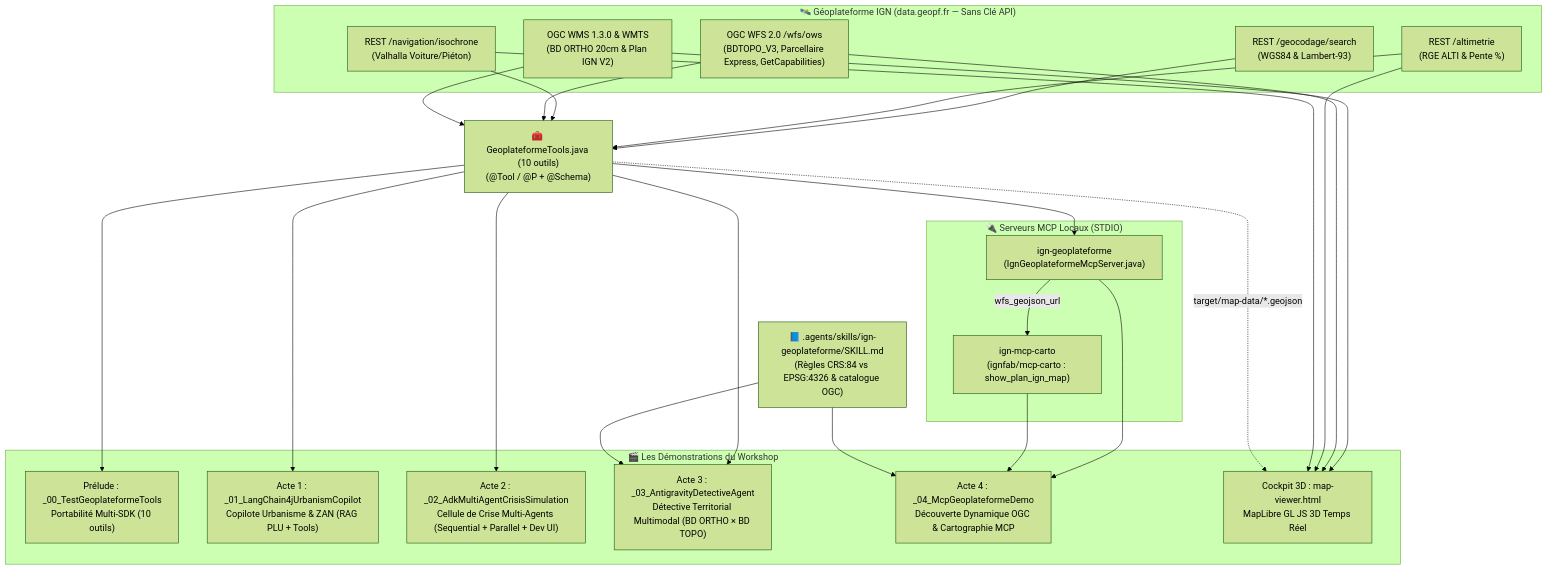
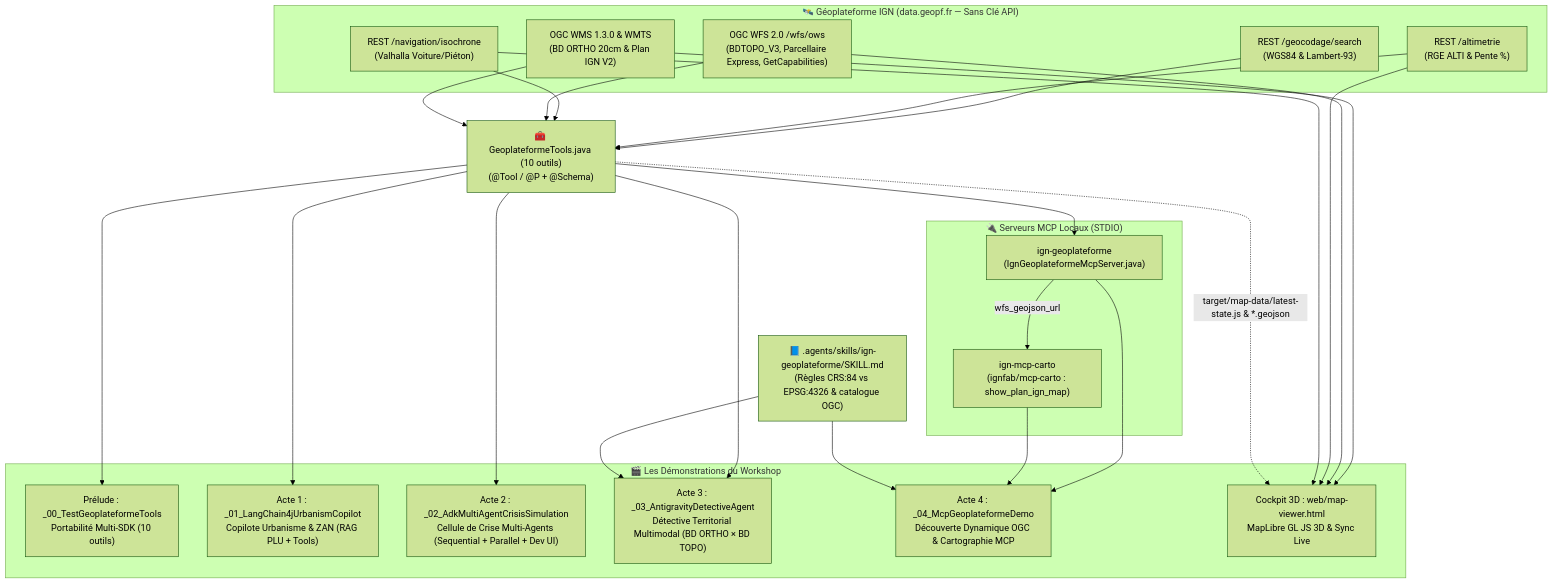
The first of 2 diagrams in README.md (glaforge/ign-agentic), drawn with Mermaid (forest theme) before and after one commit. The commit also changed other lines of this file and 9 other files, not shown here.

Commit message:
Update README, 3D cockpit live sync, Clermont-Ferrand & Fontainebleau scenarios, and PowerPoint decks

````diff
--- a/README.md
+++ b/README.md
@@ -20,37 +20,37 @@
 ```mermaid
 flowchart TD
     subgraph IGN["🛰️ Géoplateforme IGN (data.geopf.fr — Sans Clé API)"]
         GEO["REST /geocodage/search<br/>(WGS84 & Lambert-93)"]
         ALTI["REST /altimetrie<br/>(RGE ALTI & Pente %)"]
         ISO["REST /navigation/isochrone<br/>(Valhalla Voiture/Piéton)"]
         WFS["OGC WFS 2.0 /wfs/ows<br/>(BDTOPO_V3, Parcellaire Express, GetCapabilities)"]
         WMS["OGC WMS 1.3.0 & WMTS<br/>(BD ORTHO 20cm & Plan IGN V2)"]
     end
 
     TOOLS["🧰 GeoplateformeTools.java (10 outils)<br/>(@Tool / @P + @Schema)"]
     SKILL["📘 .agents/skills/ign-geoplateforme/SKILL.md<br/>(Règles CRS:84 vs EPSG:4326 & catalogue OGC)"]
 
     subgraph MCP["🔌 Serveurs MCP Locaux (STDIO)"]
         MCP_GEO["ign-geoplateforme<br/>(IgnGeoplateformeMcpServer.java)"]
         MCP_CARTO["ign-mcp-carto<br/>(ignfab/mcp-carto : show_plan_ign_map)"]
     end
 
     GEO & ALTI & ISO & WFS & WMS --> TOOLS
     TOOLS --> MCP_GEO
     MCP_GEO -- "wfs_geojson_url" --> MCP_CARTO
 
     subgraph ACTES["🎬 Les Démonstrations du Workshop"]
         A0["Prélude : _00_TestGeoplateformeTools<br/>Portabilité Multi-SDK (10 outils)"]
         A1["Acte 1 : _01_LangChain4jUrbanismCopilot<br/>Copilote Urbanisme & ZAN (RAG PLU + Tools)"]
         A2["Acte 2 : _02_AdkMultiAgentCrisisSimulation<br/>Cellule de Crise Multi-Agents (Sequential + Parallel + Dev UI)"]
         A3["Acte 3 : _03_AntigravityDetectiveAgent<br/>Détective Territorial Multimodal (BD ORTHO × BD TOPO)"]
         A4["Acte 4 : _04_McpGeoplateformeDemo<br/>Découverte Dynamique OGC & Cartographie MCP"]
-        COCKPIT["Cockpit 3D : map-viewer.html<br/>MapLibre GL JS 3D Temps Réel"]
+        COCKPIT["Cockpit 3D : web/map-viewer.html<br/>MapLibre GL JS 3D & Sync Live"]
     end
 
     TOOLS --> A0 & A1 & A2 & A3
     MCP_GEO & MCP_CARTO --> A4
     SKILL --> A3 & A4
     WMS & WFS & ALTI & ISO --> COCKPIT
-    TOOLS -. "target/map-data/*.geojson" .-> COCKPIT
+    TOOLS -. "target/map-data/latest-state.js & *.geojson" .-> COCKPIT
 ```
````
